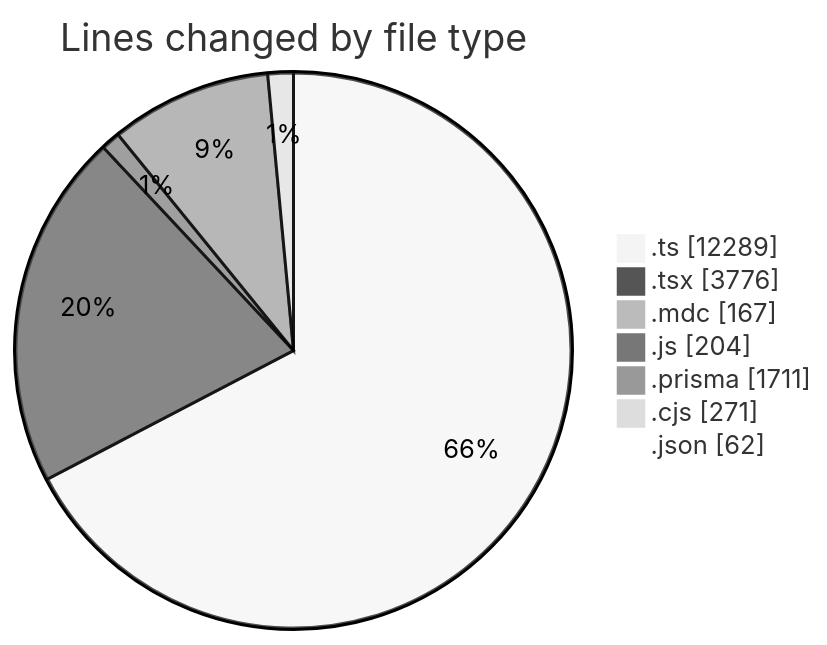
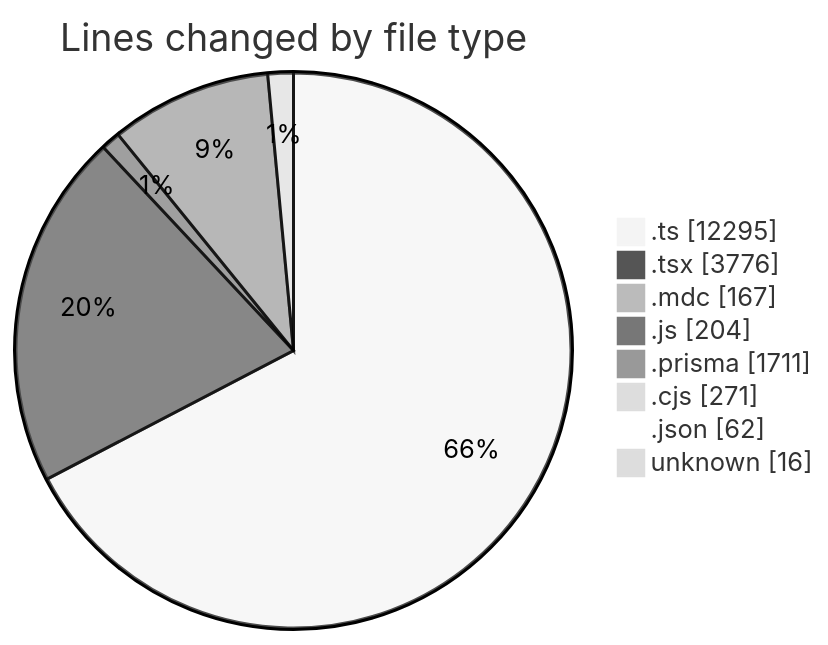
One commit to CELIANVF/code-tracking changed the first of 2 diagrams in 2025-06-06/ecodeli-1/README.md. Above: the diagram before and after it, drawn with Mermaid (neutral theme). The commit also changed other lines of this file and 1 other file, not shown here.

````diff
--- a/2025-06-06/ecodeli-1/README.md
+++ b/2025-06-06/ecodeli-1/README.md
@@ -71,11 +72,12 @@
 ```mermaid
 pie showData
 title Lines changed by file type
-".ts" : 12289
+".ts" : 12295
 ".tsx" : 3776
 ".mdc" : 167
 ".js" : 204
 ".prisma" : 1711
 ".cjs" : 271
 ".json" : 62
+"unknown" : 16
 ```
````
